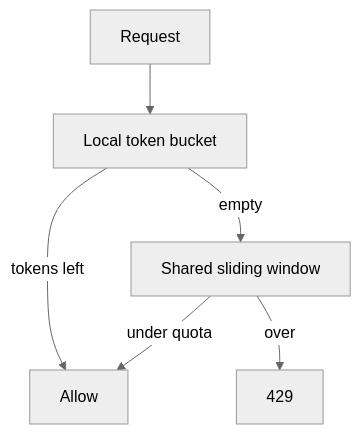
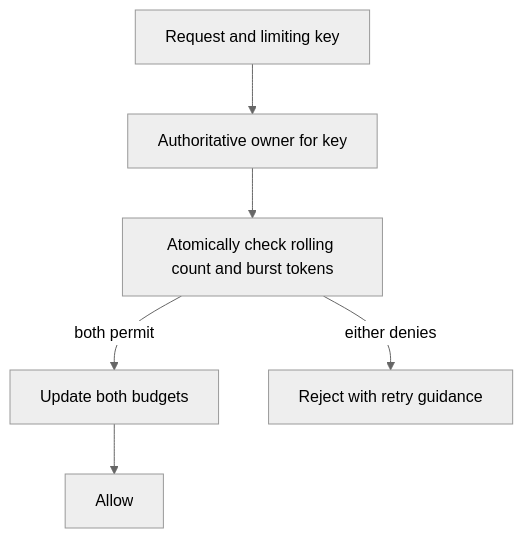
The diagram in lessons/system-design/cases/rate-limiter/viz/bucket.md (jdodsoncollins/study-material), drawn with Mermaid (neutral theme) before and after one commit. The commit also changed 175 other files, not shown here.

````diff
--- a/lessons/system-design/cases/rate-limiter/viz/bucket.md
+++ b/lessons/system-design/cases/rate-limiter/viz/bucket.md
@@ -3,8 +3,8 @@
 ```mermaid
 flowchart TB
-  req[Request] --> local[Local token bucket]
-  local -->|tokens left| pass[Allow]
-  local -->|empty| redis[Shared sliding window]
-  redis -->|under quota| pass
-  redis -->|over| shed[429]
+  req[Request and limiting key] --> owner[Authoritative owner for key]
+  owner --> check[Atomically check rolling count and burst tokens]
+  check -->|both permit| consume[Update both budgets]
+  consume --> pass[Allow]
+  check -->|either denies| shed[Reject with retry guidance]
 ```
````
